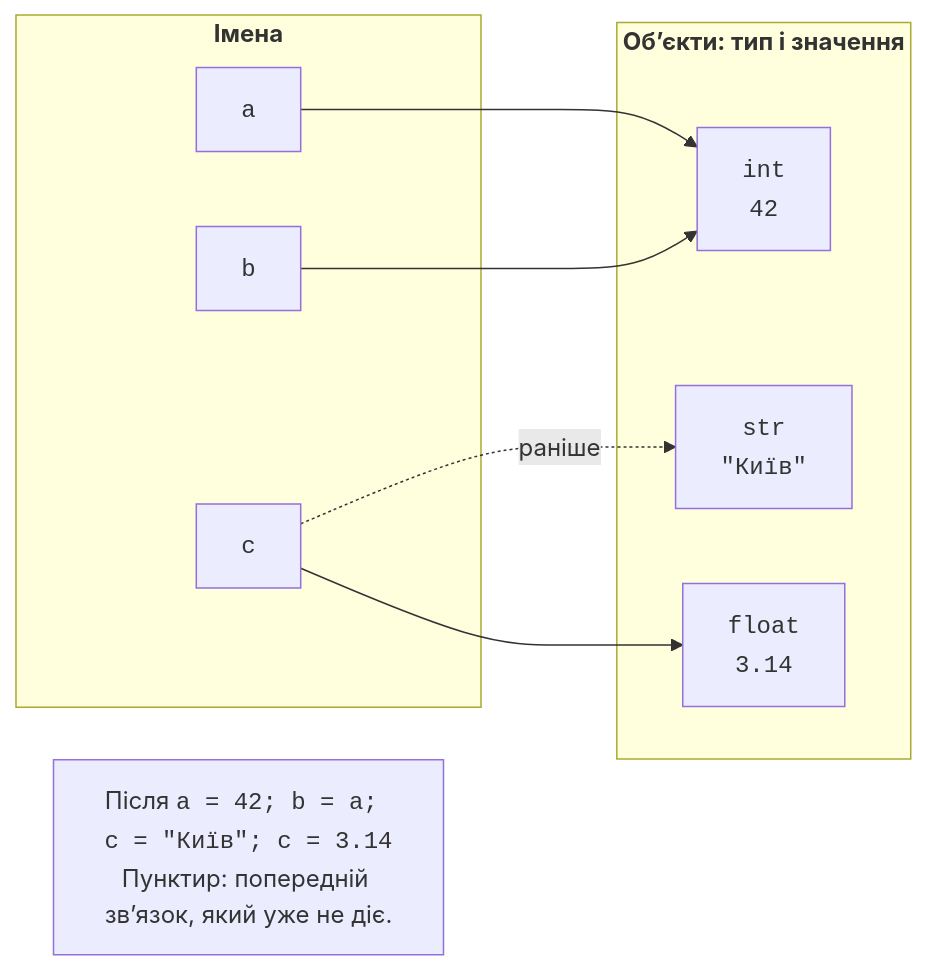
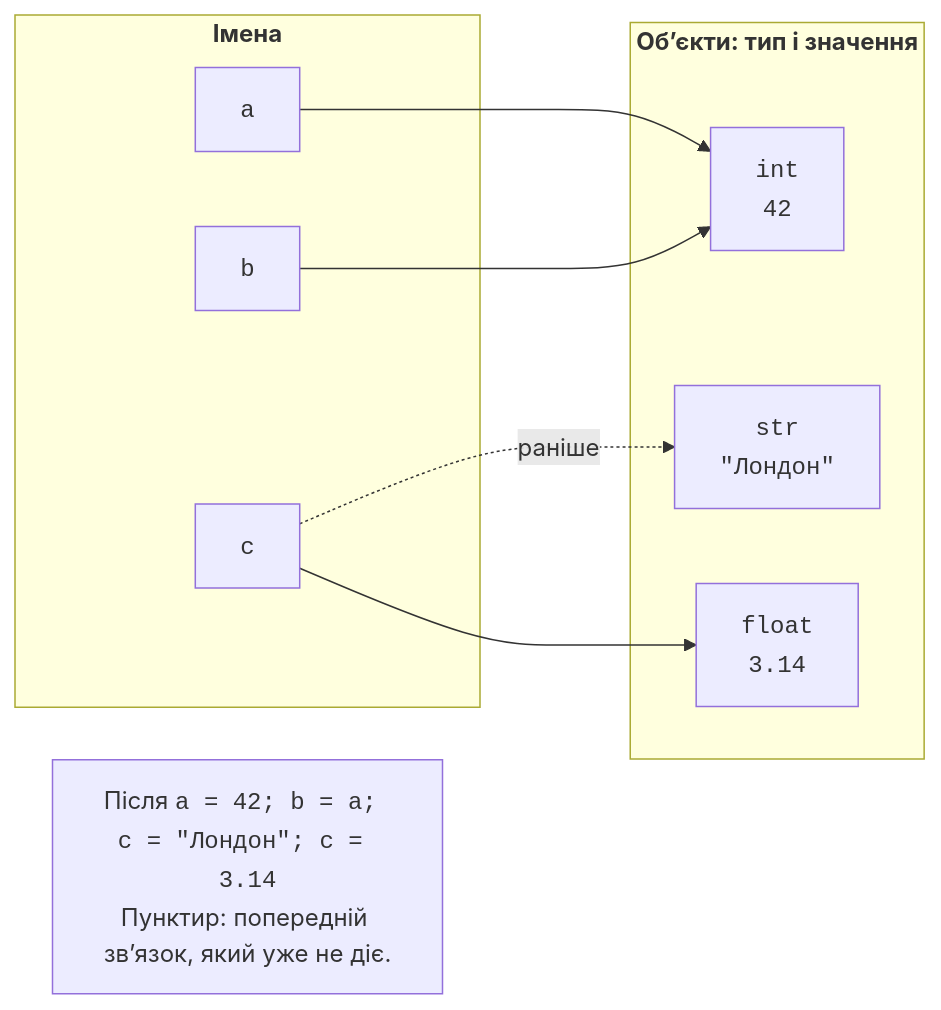
Before and after one commit to musicvano/Blog: the first of 2 diagrams in src/uk/courses/python/02-types-control-flow/objects-types.md, drawn with Mermaid. The commit also changed other lines of this file and 533 other files, not shown here.

````diff
--- a/src/uk/courses/python/02-types-control-flow/objects-types.md
+++ b/src/uk/courses/python/02-types-control-flow/objects-types.md
@@ -26,18 +26,18 @@
 ```mermaid
 flowchart LR
   subgraph NAMES["<b>Імена</b>"]
     A["<code>a</code>"]
     B["<code>b</code>"]
     C["<code>c</code>"]
   end
   subgraph OBJECTS["<b>Об’єкти: тип і значення</b>"]
     INT["<code>int</code><br><code>42</code>"]
-    STR["<code>str</code><br><code>#quot;Київ#quot;</code>"]
+    STR["<code>str</code><br><code>#quot;Лондон#quot;</code>"]
     FLT["<code>float</code><br><code>3.14</code>"]
   end
   A --> INT
   B --> INT
   C --> FLT
   C -.->|"раніше"| STR
-  N["Після <code>a = 42; b = a; c = #quot;Київ#quot;; c = 3.14</code><br>Пунктир: попередній зв’язок, який уже не діє."]
+  N["Після <code>a = 42; b = a; c = #quot;Лондон#quot;; c = 3.14</code><br>Пунктир: попередній зв’язок, який уже не діє."]
 ```
````
